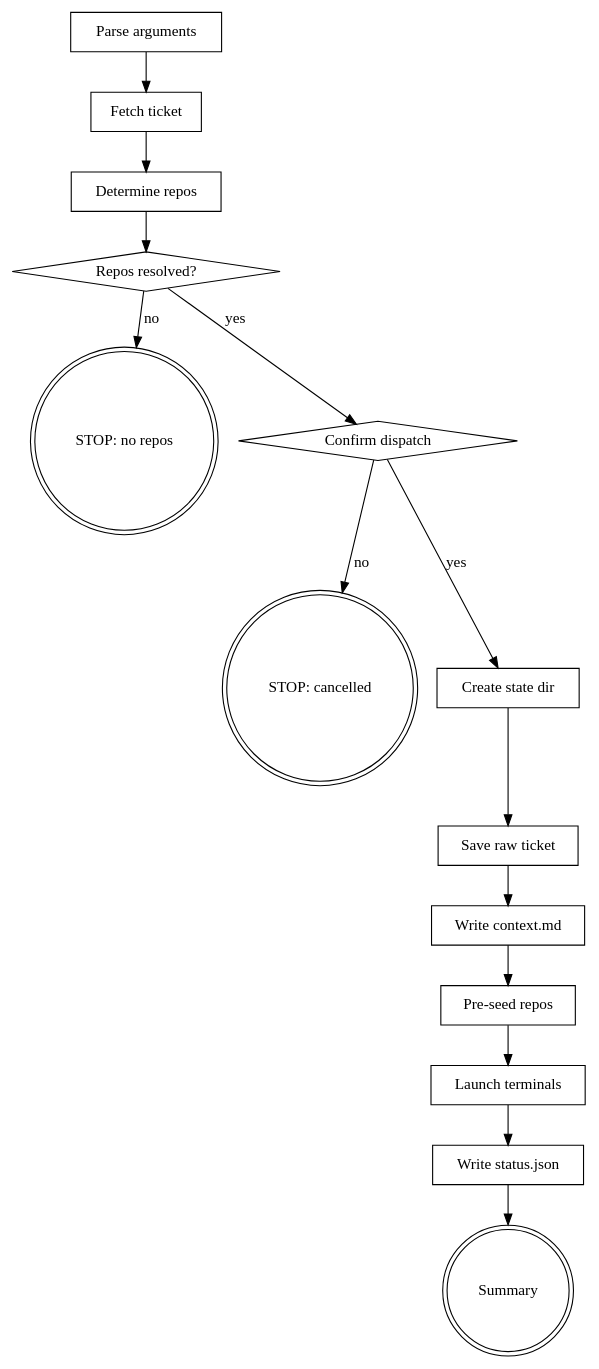
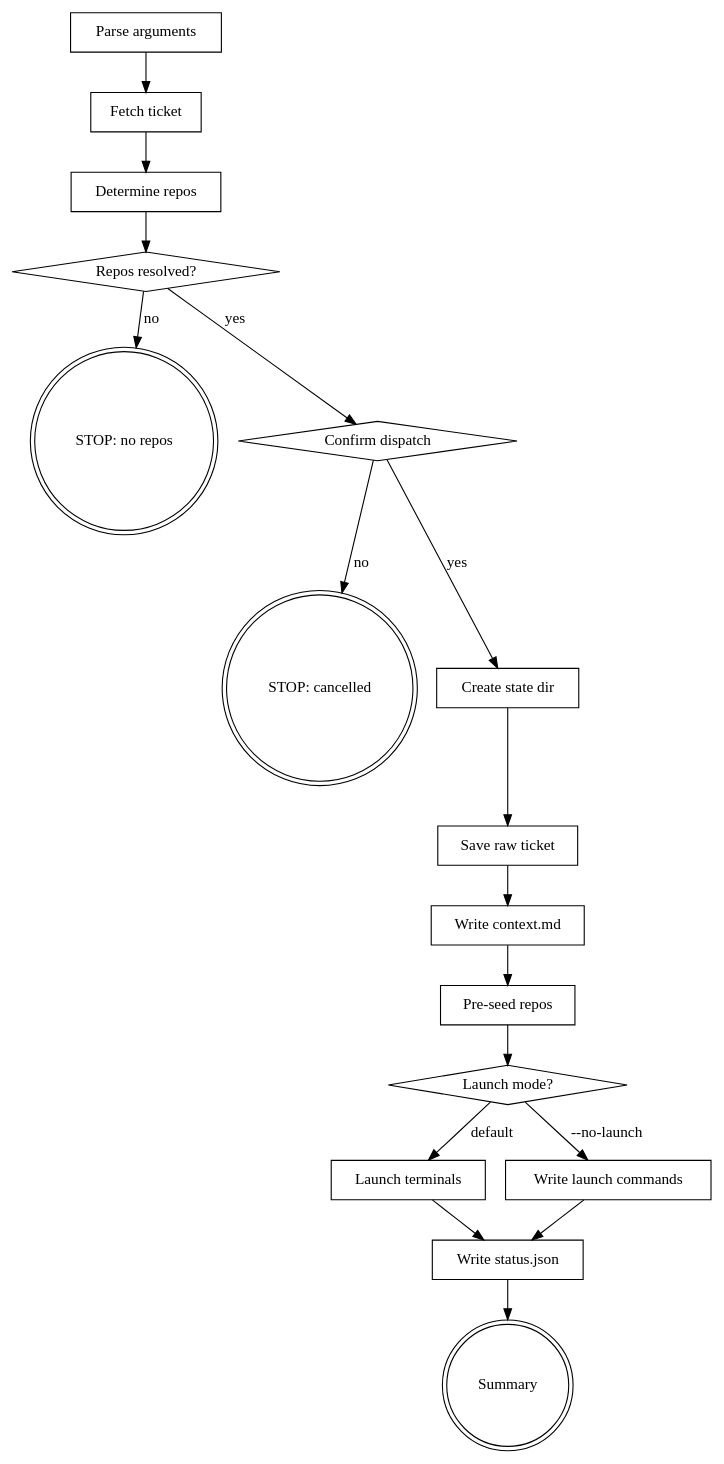
One commit to easingthemes/dx-aem-flow changed the diagram in plugins/dx-hub/skills/dx-hub-dispatch/SKILL.md. Above: the diagram before and after it, drawn with Graphviz. The commit also changed other lines of this file and 16 other files, not shown here.

First line of the commit message:
feat: dx-runs summary, interrupted-run hook, hub --no-launch, doctor --json, eval checker (#281)

````diff
--- a/plugins/dx-hub/skills/dx-hub-dispatch/SKILL.md
+++ b/plugins/dx-hub/skills/dx-hub-dispatch/SKILL.md
@@ -35,32 +35,37 @@
 ```dot
 digraph hub_dispatch {
     "Parse arguments" [shape=box];
     "Fetch ticket" [shape=box];
     "Determine repos" [shape=box];
     "Repos resolved?" [shape=diamond];
     "STOP: no repos" [shape=doublecircle];
     "Confirm dispatch" [shape=diamond];
     "STOP: cancelled" [shape=doublecircle];
     "Create state dir" [shape=box];
     "Save raw ticket" [shape=box];
     "Write context.md" [shape=box];
     "Pre-seed repos" [shape=box];
+    "Launch mode?" [shape=diamond];
     "Launch terminals" [shape=box];
+    "Write launch commands" [shape=box];
     "Write status.json" [shape=box];
     "Summary" [shape=doublecircle];
 
     "Parse arguments" -> "Fetch ticket";
     "Fetch ticket" -> "Determine repos";
     "Determine repos" -> "Repos resolved?";
     "Repos resolved?" -> "Confirm dispatch" [label="yes"];
     "Repos resolved?" -> "STOP: no repos" [label="no"];
     "Confirm dispatch" -> "Create state dir" [label="yes"];
     "Confirm dispatch" -> "STOP: cancelled" [label="no"];
     "Create state dir" -> "Save raw ticket";
     "Save raw ticket" -> "Write context.md";
     "Write context.md" -> "Pre-seed repos";
-    "Pre-seed repos" -> "Launch terminals";
+    "Pre-seed repos" -> "Launch mode?";
+    "Launch mode?" -> "Launch terminals" [label="default"];
+    "Launch mode?" -> "Write launch commands" [label="--no-launch"];
     "Launch terminals" -> "Write status.json";
+    "Write launch commands" -> "Write status.json";
     "Write status.json" -> "Summary";
 }
 ```
````
